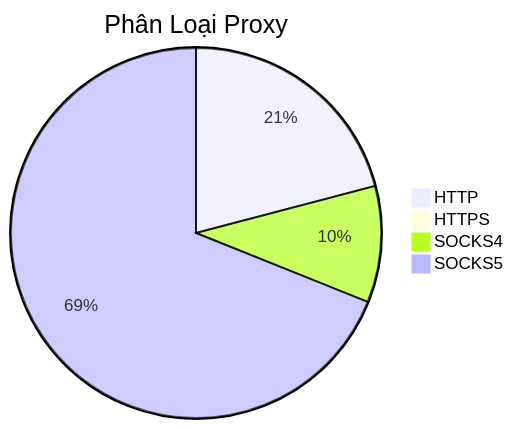
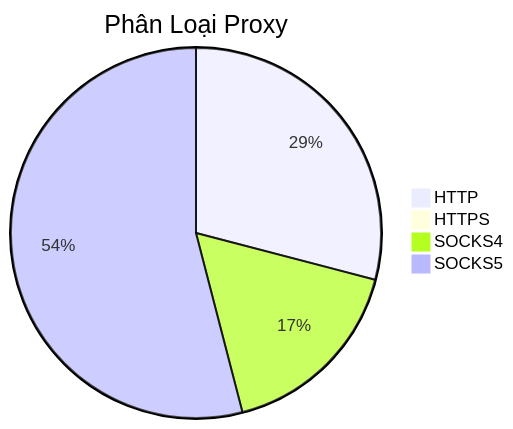
One commit to Ciara-Aa/PROXY-free changed the diagram in README.md. Above: the diagram before and after it, drawn with Mermaid. The commit also changed other lines of this file and 4 other files, not shown here.

````diff
--- a/README.md
+++ b/README.md
@@ -26,7 +26,7 @@
 ```mermaid
 pie title Phân Loại Proxy
-    "HTTP" : 481
-    "HTTPS" : 2
-    "SOCKS4" : 234
-    "SOCKS5" : 1586
+    "HTTP" : 504
+    "HTTPS" : 6
+    "SOCKS4" : 293
+    "SOCKS5" : 937
 ```
````
